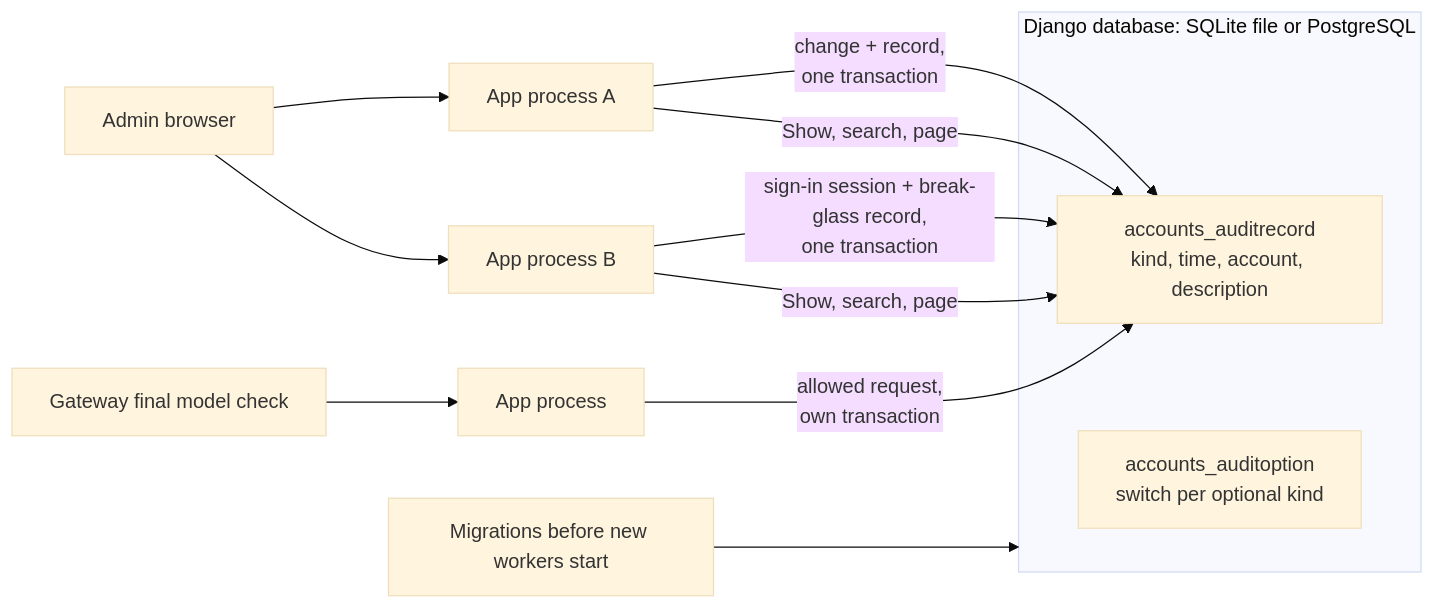
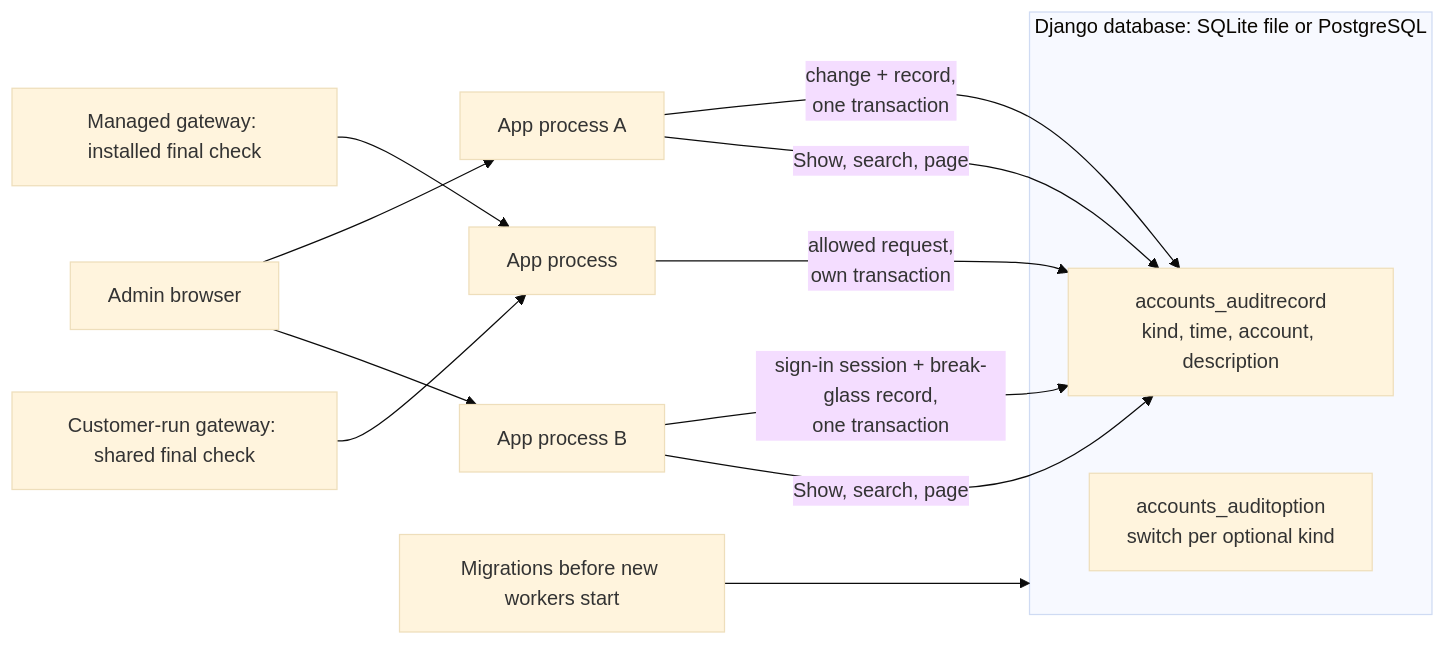
One commit to OsamaFelFel/keeplane changed the diagram in docs/architecture/audit-storage.md. Above: the diagram before and after it, drawn with Mermaid (base theme). The commit also changed other lines of this file and 8 other files, not shown here.

First line of the commit message:
feat(audit): record model requests sent through a customer-run gateway

````diff
--- a/docs/architecture/audit-storage.md
+++ b/docs/architecture/audit-storage.md
@@ -9,16 +9,17 @@
 ```mermaid
 flowchart LR
   Admin[Admin browser] --> A[App process A]
   Admin --> B[App process B]
   A -- "change + record,<br/>one transaction" --> Records
   B -- "sign-in session + break-glass record,<br/>one transaction" --> Records
-  Gateway[Gateway final model check] --> C[App process]
+  Gateway[Managed gateway: installed final check] --> C[App process]
+  Customer[Customer-run gateway: shared final check] --> C
   C -- "allowed request,<br/>own transaction" --> Records
   A -- "Show, search, page" --> Records
   B -- "Show, search, page" --> Records
   subgraph DB["Django database: SQLite file or PostgreSQL"]
     Options[accounts_auditoption<br/>switch per optional kind]
     Records[accounts_auditrecord<br/>kind, time, account, description]
   end
   Migrate[Migrations before new workers start] --> DB
 ```
````
